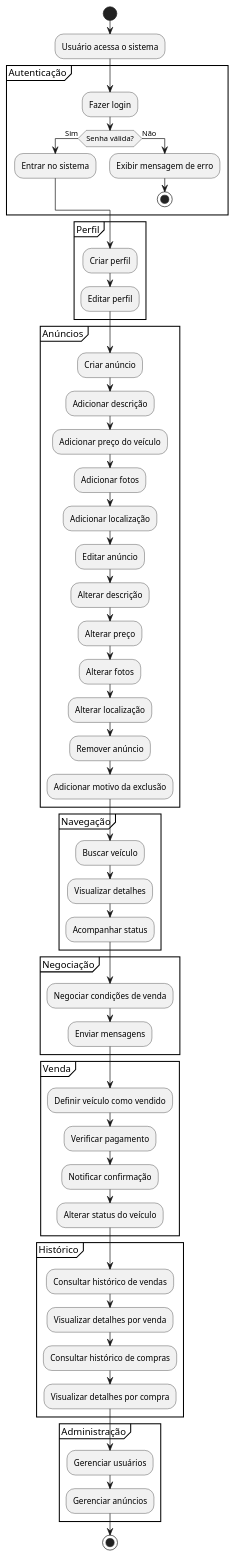
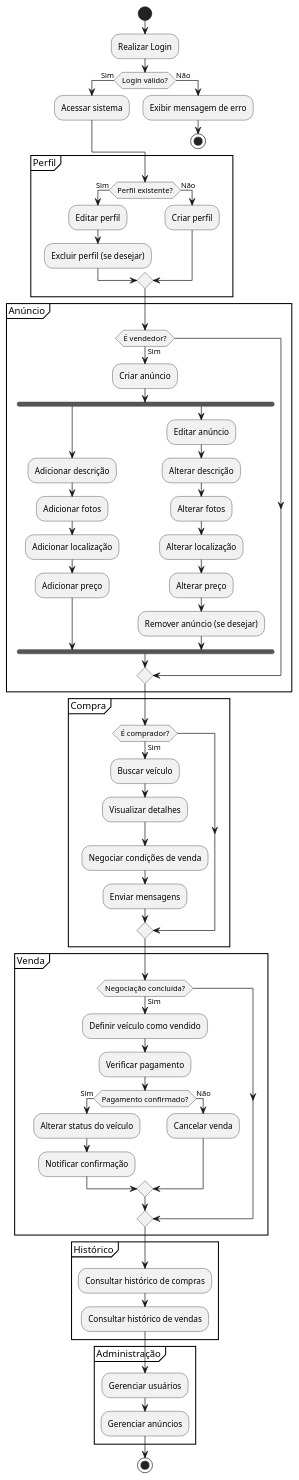
The diagram in diagrama_atividade.md (guilhermeoliveirateo/sistema-compra-venda-veiculos), drawn with PlantUML before and after one commit. The commit also changed other lines of this file, not shown here.

````diff
--- a/diagrama_atividade.md
+++ b/diagrama_atividade.md
@@ -1,71 +10,77 @@
-```plantuml
+``` plantuml
 @startuml
+
+|Usuário|
 start
-
-:Usuário acessa o sistema;
-partition Autenticação {
-  :Fazer login;
-  if (Senha válida?) then (Sim)
-    :Entrar no sistema;
-  else (Não)
+:Realizar Login;
+if (Login válido?) then (Sim)
+    :Acessar sistema;
+else (Não)
     :Exibir mensagem de erro;
     stop
-  endif
+endif
+
+partition Perfil {
+    if (Perfil existente?) then (Sim)
+        :Editar perfil;
+        :Excluir perfil (se desejar);
+    else (Não)
+        :Criar perfil;
+    endif
 }
 
-partition Perfil {
-  :Criar perfil;
-  :Editar perfil;
+partition Anúncio {
+    if (É vendedor?) then (Sim)
+        :Criar anúncio;
+        fork
+            :Adicionar descrição;
+            :Adicionar fotos;
+            :Adicionar localização;
+            :Adicionar preço;
+        fork again
+            :Editar anúncio;
+            :Alterar descrição;
+            :Alterar fotos;
+            :Alterar localização;
+            :Alterar preço;
+            :Remover anúncio (se desejar);
+        end fork
+    endif
 }
 
-partition Anúncios {
-  :Criar anúncio;
-  :Adicionar descrição;
-  :Adicionar preço do veículo;
-  :Adicionar fotos;
-  :Adicionar localização;
-
-  :Editar anúncio;
-  :Alterar descrição;
-  :Alterar preço;
-  :Alterar fotos;
-  :Alterar localização;
-
-  :Remover anúncio;
-  :Adicionar motivo da exclusão;
-}
-
-partition Navegação {
-  :Buscar veículo;
-  :Visualizar detalhes;
-  :Acompanhar status;
-}
-
-partition Negociação {
-  :Negociar condições de venda;
-  :Enviar mensagens;
+partition Compra {
+    if (É comprador?) then (Sim)
+        :Buscar veículo;
+        :Visualizar detalhes;
+        :Negociar condições de venda;
+        :Enviar mensagens;
+    endif
 }
 
 partition Venda {
-  :Definir veículo como vendido;
-  :Verificar pagamento;
-  :Notificar confirmação;
-  :Alterar status do veículo;
+    if (Negociação concluída?) then (Sim)
+        :Definir veículo como vendido;
+        :Verificar pagamento;
+        if (Pagamento confirmado?) then (Sim)
+            :Alterar status do veículo;
+            :Notificar confirmação;
+        else (Não)
+            :Cancelar venda;
+        endif
+    endif
 }
 
 partition Histórico {
-  :Consultar histórico de vendas;
-  :Visualizar detalhes por venda;
-
-  :Consultar histórico de compras;
-  :Visualizar detalhes por compra;
+    :Consultar histórico de compras;
+    :Consultar histórico de vendas;
 }
 
 partition Administração {
-  :Gerenciar usuários;
-  :Gerenciar anúncios;
+    :Gerenciar usuários;
+    :Gerenciar anúncios;
 }
 
 stop
+
 @enduml
 ```
````
